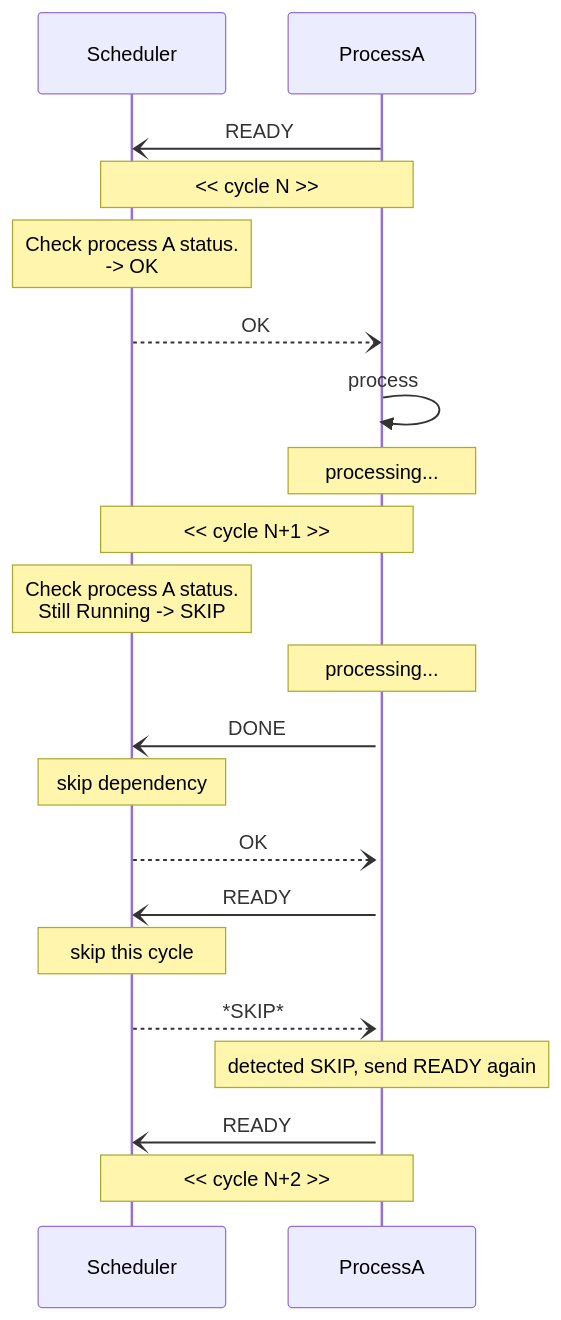
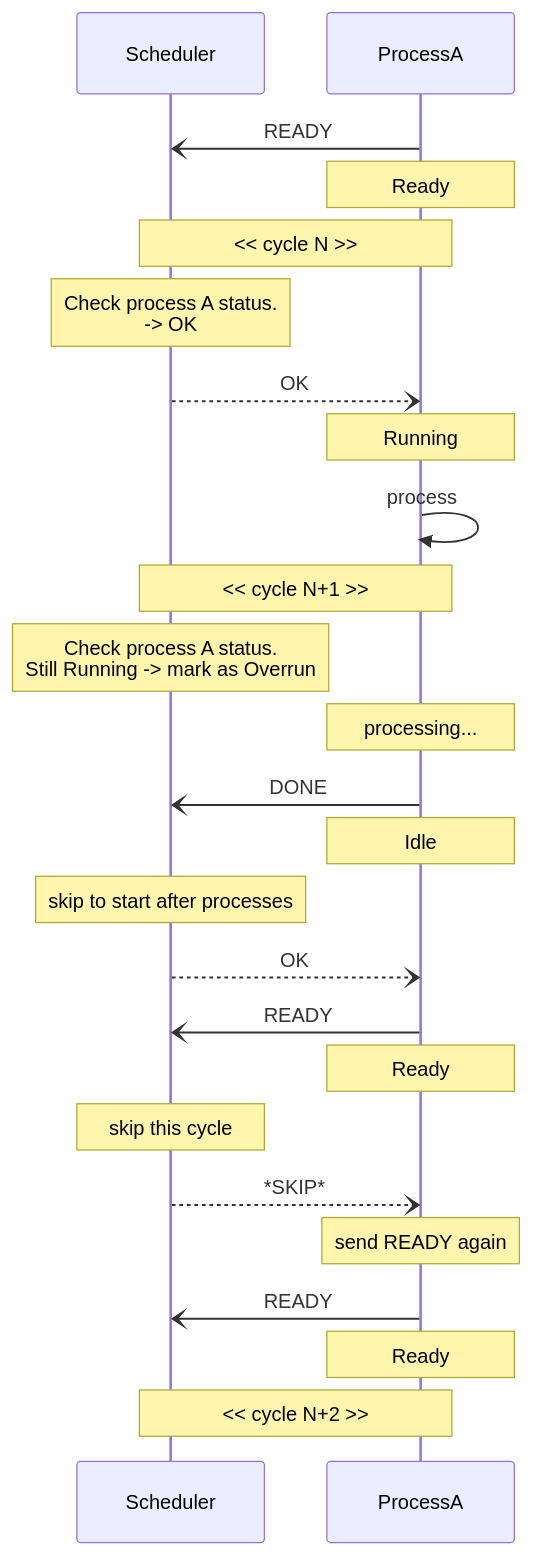
The first of 3 diagrams in docs/message-sequence-skip.md (nao-kawano/ritsu-scheduler), drawn with Mermaid before and after one commit. The commit also changed 2 other files, not shown here.

Commit message:
doc: Clarify state management documentation and ensure diagram consistency

````diff
--- a/docs/message-sequence-skip.md
+++ b/docs/message-sequence-skip.md
@@ -13,32 +13,35 @@
 ```mermaid
 sequenceDiagram
   participant M as Scheduler
   participant A as ProcessA
 
   A -) M: READY
+  Note over A: Ready
 
 Note over M,A: << cycle N >>
 
   Note over M: Check process A status.<br />-> OK
   M --) A: OK
+  Note over A: Running
   A ->> A: process
-  activate A
-  Note over A: processing...
 
 Note over M,A: << cycle N+1 >>
-  Note over M: Check process A status.<br />Still Running -> SKIP
+  Note over M: Check process A status.<br />Still Running -> mark as Overrun
 
   Note over A: processing...
   A -) M: DONE
-  Note over M: skip dependency
+  Note over A: Idle
+  Note over M: skip to start after processes
   M --) A: OK
 
   A -) M: READY
+  Note over A: Ready
   Note over M: skip this cycle
   M --) A: *SKIP*
-    Note over A: detected SKIP, send READY again
+    Note over A: send READY again
 
   A -) M: READY
+  Note over A: Ready
 
 Note over M,A: << cycle N+2 >>
 ```
````
